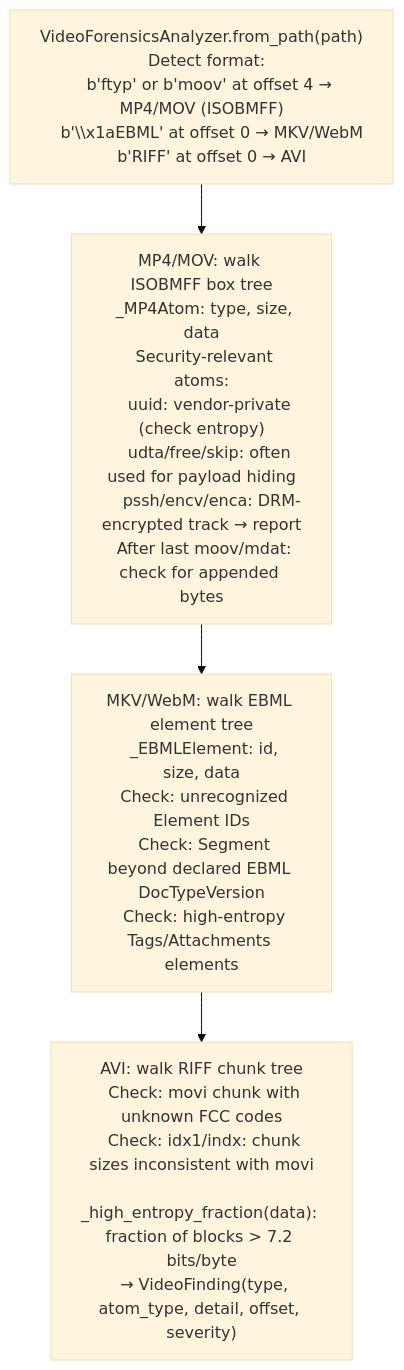
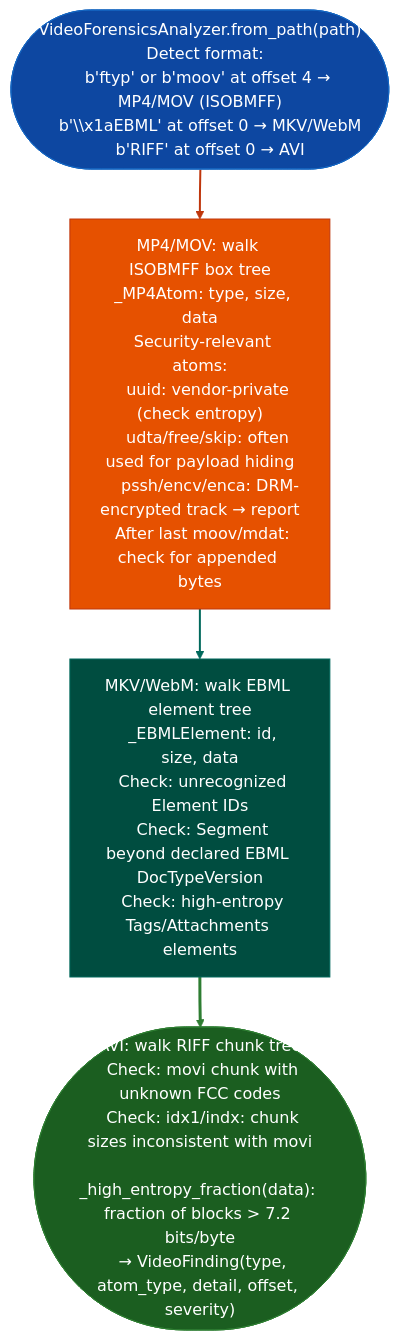
The diagram in docs/reference-modules/video-container-forensics.md (Ablation-Tool/ablation), drawn with Mermaid (base theme) before and after one commit. The commit also changed 320 other files, not shown here.

First line of the commit message:
docs: apply canonical Mermaid template to all 321 diagrams

````diff
--- a/docs/reference-modules/video-container-forensics.md
+++ b/docs/reference-modules/video-container-forensics.md
@@ -19,6 +19,15 @@
 ```mermaid
 flowchart TD
-    A["VideoForensicsAnalyzer.from_path(path)\n  Detect format:\n    b'ftyp' or b'moov' at offset 4 → MP4/MOV (ISOBMFF)\n    b'\\x1aEBML' at offset 0 → MKV/WebM\n    b'RIFF' at offset 0 → AVI"] --> B["MP4/MOV: walk ISOBMFF box tree\n  _MP4Atom: type, size, data\n  Security-relevant atoms:\n    uuid: vendor-private (check entropy)\n    udta/free/skip: often used for payload hiding\n    pssh/encv/enca: DRM-encrypted track → report\n  After last moov/mdat: check for appended bytes"]
-    B --> C["MKV/WebM: walk EBML element tree\n  _EBMLElement: id, size, data\n  Check: unrecognized Element IDs\n  Check: Segment beyond declared EBML DocTypeVersion\n  Check: high-entropy Tags/Attachments elements"]
-    C --> D["AVI: walk RIFF chunk tree\n  Check: movi chunk with unknown FCC codes\n  Check: idx1/indx: chunk sizes inconsistent with movi\n  _high_entropy_fraction(data): fraction of blocks > 7.2 bits/byte\n  → VideoFinding(type, atom_type, detail, offset, severity)"]
+    A(["VideoForensicsAnalyzer.from_path(path)\n  Detect format:\n    b'ftyp' or b'moov' at offset 4 → MP4/MOV (ISOBMFF)\n    b'\\x1aEBML' at offset 0 → MKV/WebM\n    b'RIFF' at offset 0 → AVI"]):::input --> B["MP4/MOV: walk ISOBMFF box tree\n  _MP4Atom: type, size, data\n  Security-relevant atoms:\n    uuid: vendor-private (check entropy)\n    udta/free/skip: often used for payload hiding\n    pssh/encv/enca: DRM-encrypted track → report\n  After last moov/mdat: check for appended bytes"]:::primary
+    B:::primary --> C["MKV/WebM: walk EBML element tree\n  _EBMLElement: id, size, data\n  Check: unrecognized Element IDs\n  Check: Segment beyond declared EBML DocTypeVersion\n  Check: high-entropy Tags/Attachments elements"]:::secondary
+    C:::secondary --> D(["AVI: walk RIFF chunk tree\n  Check: movi chunk with unknown FCC codes\n  Check: idx1/indx: chunk sizes inconsistent with movi\n  _high_entropy_fraction(data): fraction of blocks > 7.2 bits/byte\n  → VideoFinding(type, atom_type, detail, offset, severity)"]):::output
+    classDef input     fill:#0d47a1,stroke:#1565c0,color:#fff
+    classDef primary   fill:#e65100,stroke:#bf360c,color:#fff
+    classDef secondary fill:#004d40,stroke:#00695c,color:#fff
+    classDef tertiary  fill:#4a148c,stroke:#6a1b9a,color:#fff
+    classDef neutral   fill:#37474f,stroke:#546e7a,color:#fff
+    classDef output    fill:#1b5e20,stroke:#2e7d32,color:#fff
+    linkStyle 0 stroke:#bf360c,stroke-width:2px
+    linkStyle 1 stroke:#00695c,stroke-width:2px
+    linkStyle 2 stroke:#2e7d32,stroke-width:3px
 ```
````
